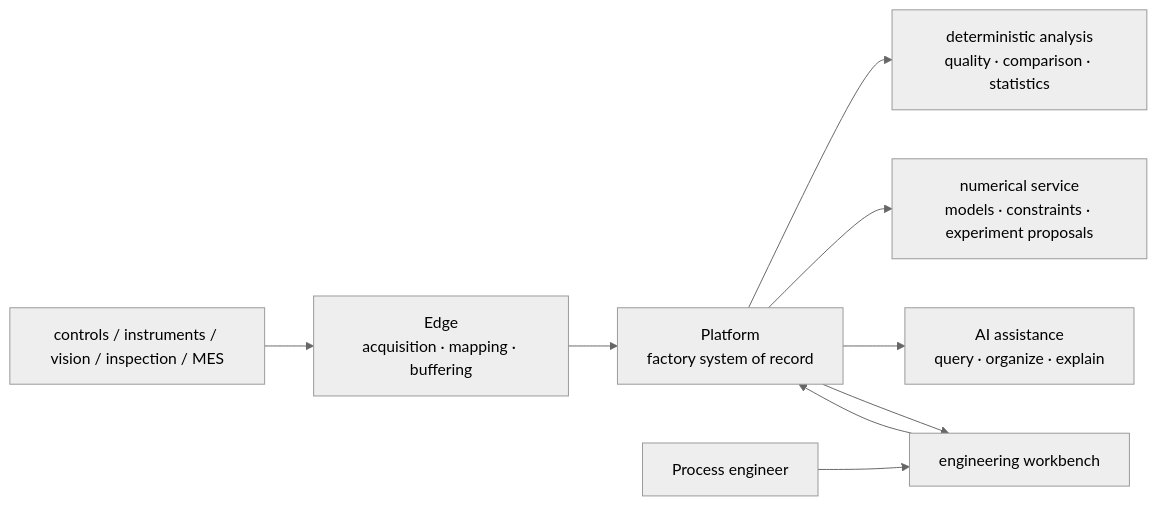
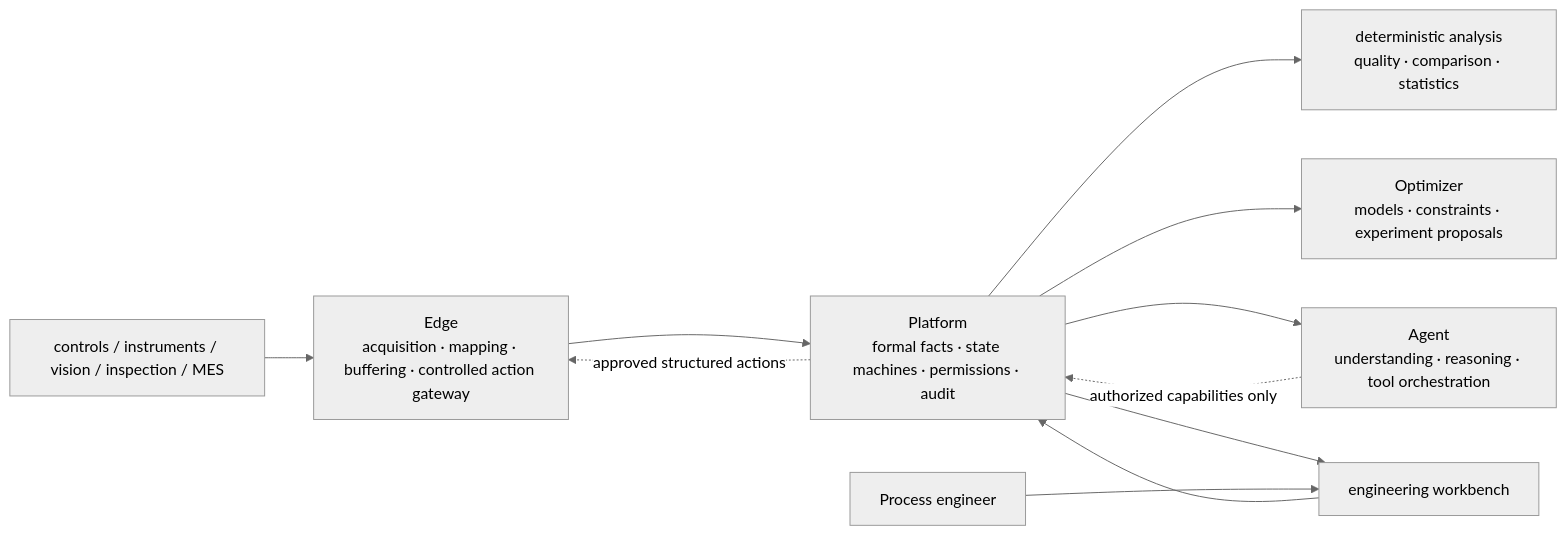
One commit to liuweichaox/Ingot changed the diagram in docs/project-plan.en.md. Above: the diagram before and after it, drawn with Mermaid (neutral theme). The commit also changed other lines of this file and 13 other files, not shown here.

````diff
--- a/docs/project-plan.en.md
+++ b/docs/project-plan.en.md
@@ -47,11 +166,13 @@
 ```mermaid
 flowchart LR
-    Sources["controls / instruments / vision / inspection / MES"] --> Edge["Edge\nacquisition · mapping · buffering"]
-    Edge --> Platform["Platform\nfactory system of record"]
+    Sources["controls / instruments / vision / inspection / MES"] --> Edge["Edge\nacquisition · mapping · buffering · controlled action gateway"]
+    Edge --> Platform["Platform\nformal facts · state machines · permissions · audit"]
     Platform --> Analysis["deterministic analysis\nquality · comparison · statistics"]
-    Platform --> Optimizer["numerical service\nmodels · constraints · experiment proposals"]
-    Platform --> Agent["AI assistance\nquery · organize · explain"]
+    Platform --> Optimizer["Optimizer\nmodels · constraints · experiment proposals"]
+    Platform --> Agent["Agent\nunderstanding · reasoning · tool orchestration"]
     Platform --> Web["engineering workbench"]
     Engineer["Process engineer"] --> Web
     Web --> Platform
+    Agent -. "authorized capabilities only" .-> Platform
+    Platform -. "approved structured actions" .-> Edge
 ```
````
